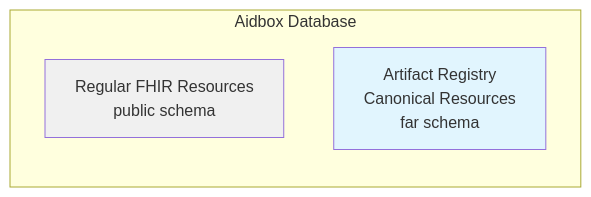
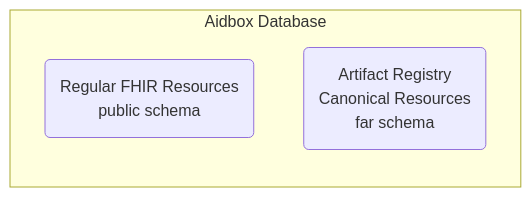
One commit to HealthSamurai/documentation changed the first of 3 diagrams in docs/artifact-registry/artifact-registry-overview.md. Above: the diagram before and after it, drawn with Mermaid. The commit also changed other lines of this file and 11 other files, not shown here.

Commit message:
update mermaid diagrams

````diff
--- a/docs/artifact-registry/artifact-registry-overview.md
+++ b/docs/artifact-registry/artifact-registry-overview.md
@@ -32,10 +32,7 @@
 ```mermaid
 graph LR
     subgraph "Aidbox Database"
-        A[Regular FHIR Resources</br>public schema]
-        B[Artifact Registry<br/>Canonical Resources</br>far schema]
+        A(Regular FHIR Resources</br>public schema):::neutral2
+        B(Artifact Registry<br/>Canonical Resources</br>far schema):::blue2
     end
-
-    style A fill:#f0f0f0
-    style B fill:#e1f5fe
 ```
````
